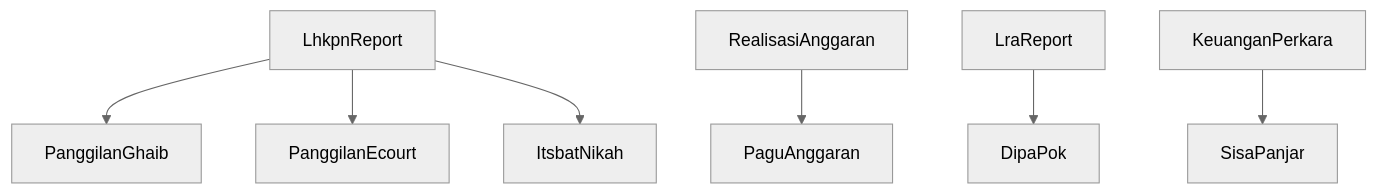
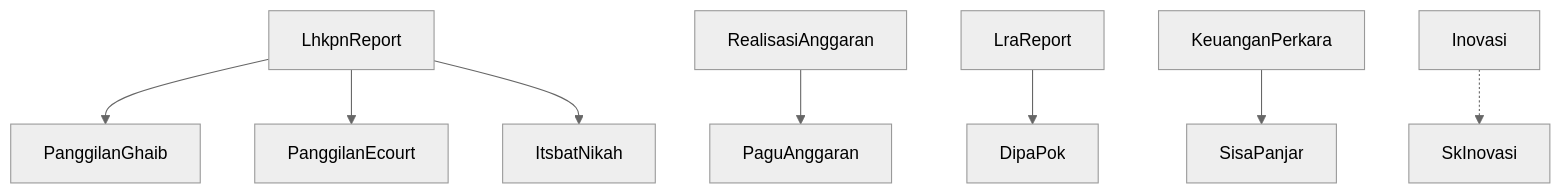
The seventh of 7 diagrams in .qoder/repowiki/en/content/Database Design/Database Design.md (backuppapnj/api-web), drawn with Mermaid (neutral theme) before and after one commit. The commit also changed other lines of this file and 13 other files, not shown here.

````diff
--- a/.qoder/repowiki/en/content/Database Design/Database Design.md
+++ b/.qoder/repowiki/en/content/Database Design/Database Design.md
@@ -559,9 +711,10 @@
 ```mermaid
 graph TB
 LR["LhkpnReport"] --> PG["PanggilanGhaib"]
 LR --> PE["PanggilanEcourt"]
 LR --> IN["ItsbatNikah"]
 RA["RealisasiAnggaran"] --> PA["PaguAnggaran"]
 LRA["LraReport"] --> DP["DipaPok"]
 KP["KeuanganPerkara"] --> SP["SisaPanjar"]
+INV["Inovasi"] -.-> SK["SkInovasi"]
 ```
````
